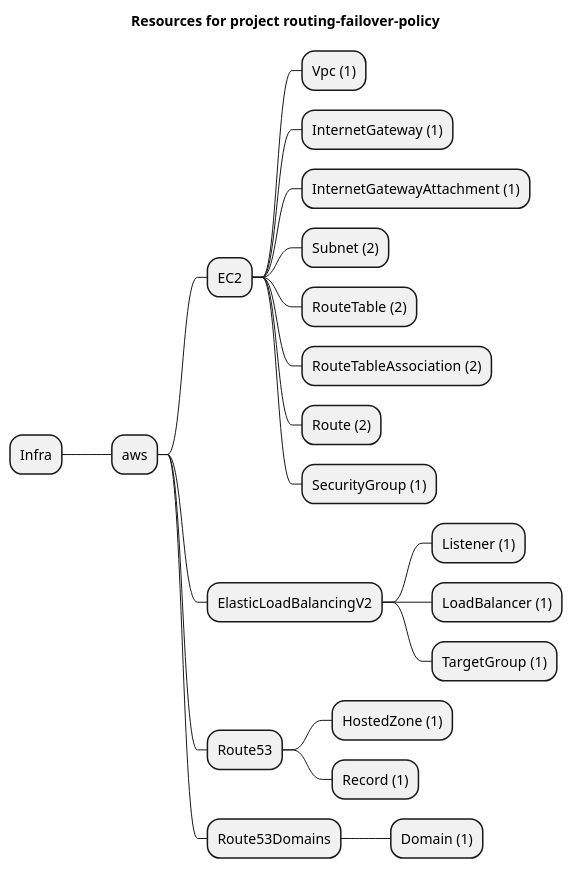
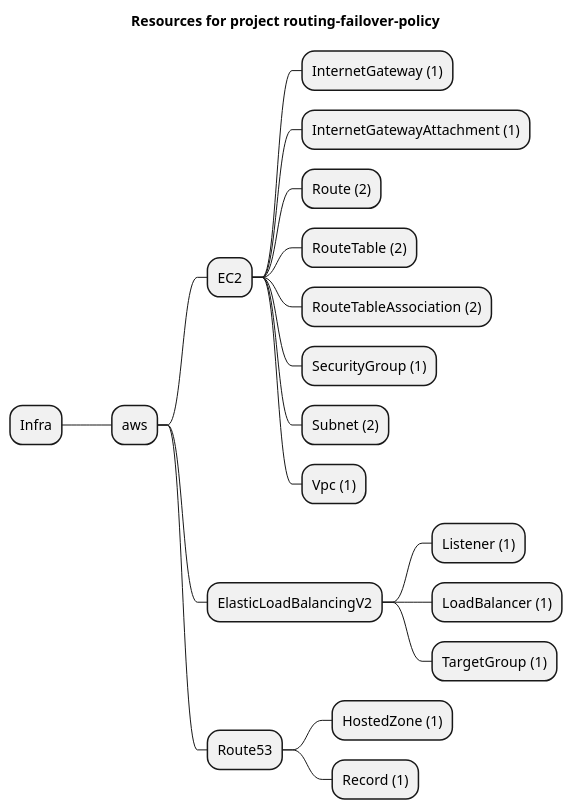
The diagram in examples/aws/Route53/routing-failover-policy/artifacts/resources-mindmap.puml (grucloud/grucloud), drawn with PlantUML before and after one commit. The commit also changed 49 other files, not shown here.

```diff
--- a/examples/aws/Route53/routing-failover-policy/artifacts/resources-mindmap.puml
+++ b/examples/aws/Route53/routing-failover-policy/artifacts/resources-mindmap.puml
@@ -1,24 +1,22 @@
 @startmindmap
 title Resources for project routing-failover-policy
 skinparam monochrome true
 + Infra
 ++ aws
 +++ EC2
-++++ Vpc (1)
 ++++ InternetGateway (1)
 ++++ InternetGatewayAttachment (1)
-++++ Subnet (2)
+++++ Route (2)
 ++++ RouteTable (2)
 ++++ RouteTableAssociation (2)
-++++ Route (2)
 ++++ SecurityGroup (1)
+++++ Subnet (2)
+++++ Vpc (1)
 +++ ElasticLoadBalancingV2
 ++++ Listener (1)
 ++++ LoadBalancer (1)
 ++++ TargetGroup (1)
 +++ Route53
 ++++ HostedZone (1)
 ++++ Record (1)
-+++ Route53Domains
-++++ Domain (1)
 @endmindmap
```
